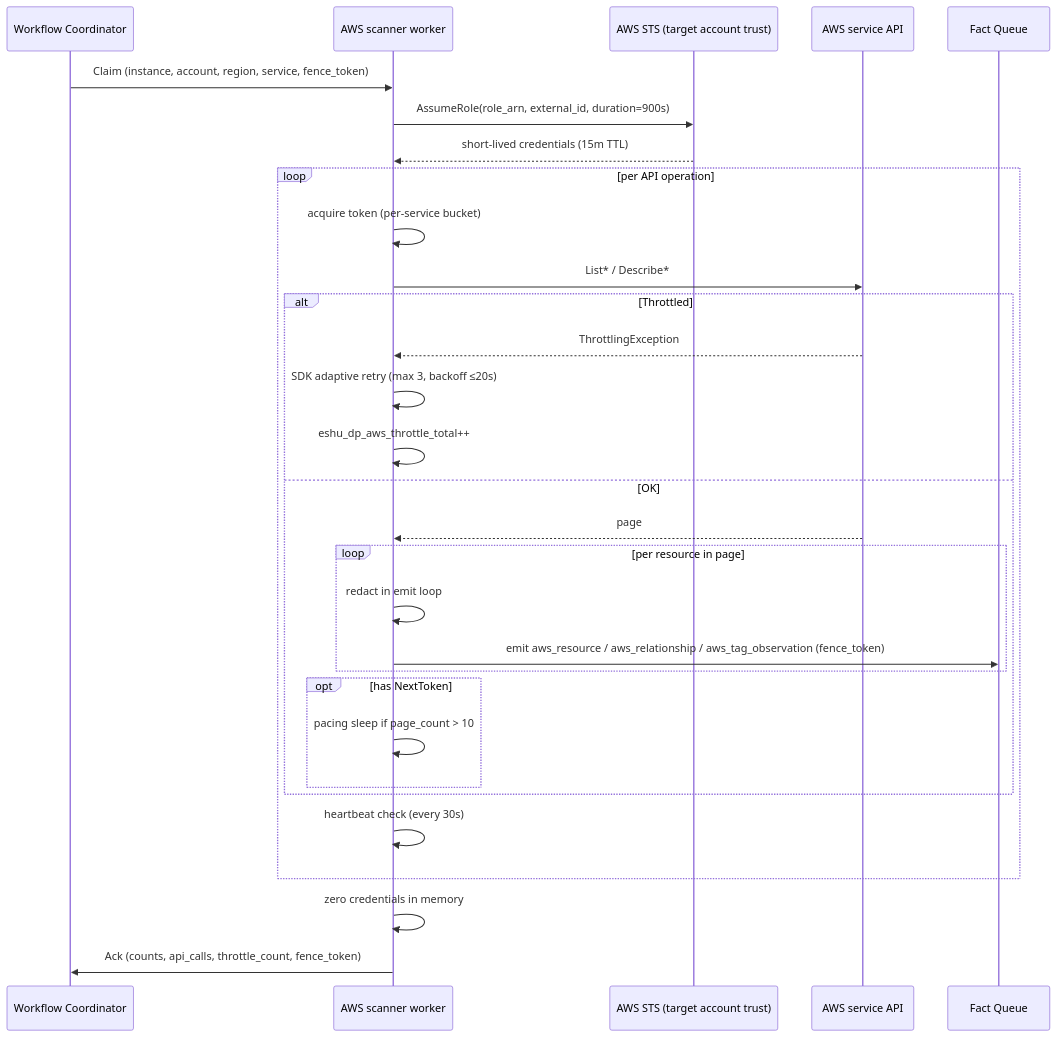
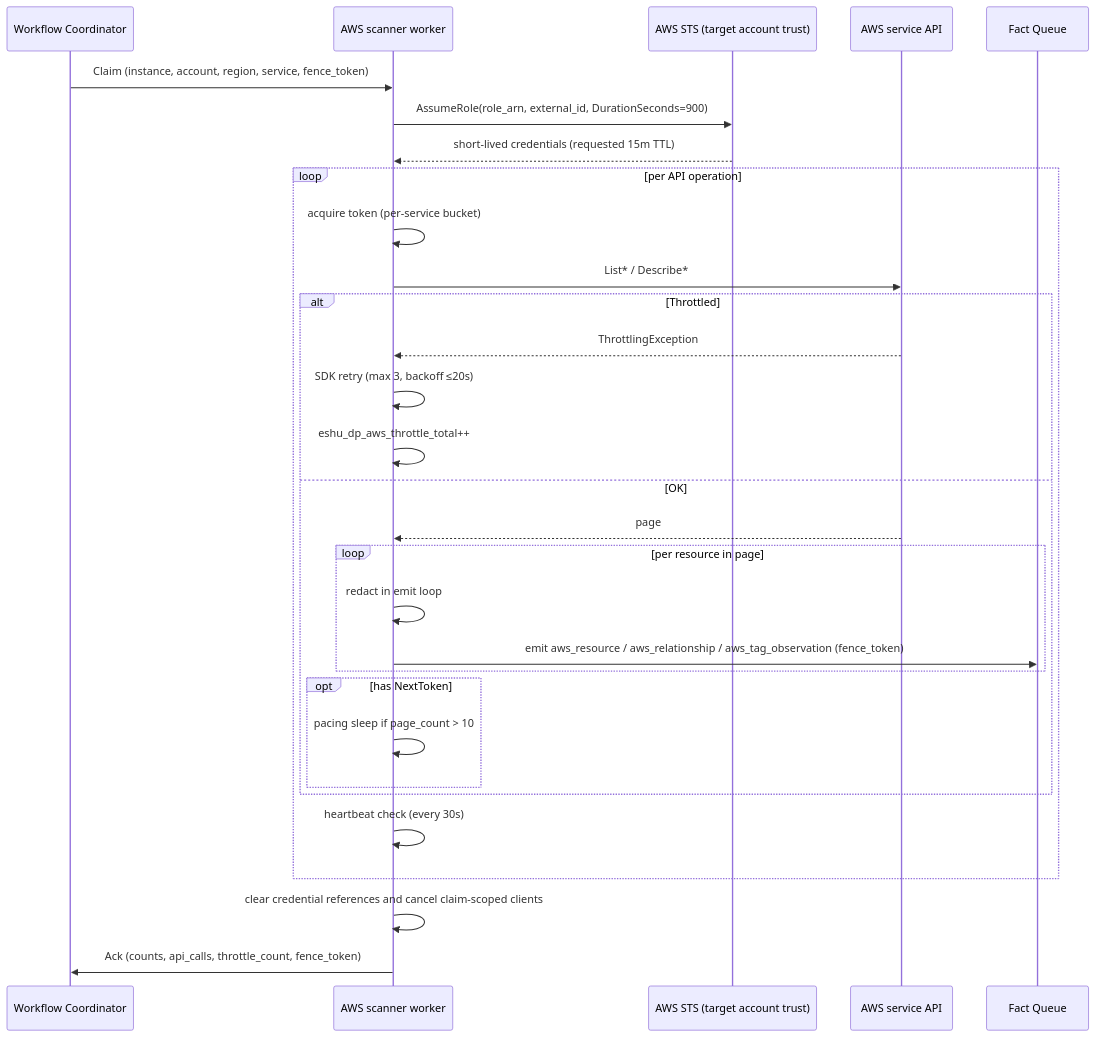
One commit to eshu-hq/eshu changed the first of 6 diagrams in docs/superpowers/plans/2026-04-20-aws-cloud-scanner-collector-architecture-workflow.md. Above: the diagram before and after it, drawn with Mermaid. The commit also changed other lines of this file and 1 other file, not shown here.

Commit message:
Align AWS collector architecture gate

````diff
--- a/docs/superpowers/plans/2026-04-20-aws-cloud-scanner-collector-architecture-workflow.md
+++ b/docs/superpowers/plans/2026-04-20-aws-cloud-scanner-collector-architecture-workflow.md
@@ -36,33 +74,33 @@
 ```mermaid
 sequenceDiagram
     participant WC as Workflow Coordinator
     participant W as AWS scanner worker
     participant STS as AWS STS (target account trust)
     participant API as AWS service API
     participant FQ as Fact Queue
 
     WC->>W: Claim (instance, account, region, service, fence_token)
-    W->>STS: AssumeRole(role_arn, external_id, duration=900s)
-    STS-->>W: short-lived credentials (15m TTL)
+    W->>STS: AssumeRole(role_arn, external_id, DurationSeconds=900)
+    STS-->>W: short-lived credentials (requested 15m TTL)
     loop per API operation
         W->>W: acquire token (per-service bucket)
         W->>API: List* / Describe*
         alt Throttled
             API-->>W: ThrottlingException
-            W->>W: SDK adaptive retry (max 3, backoff ≤20s)
+            W->>W: SDK retry (max 3, backoff ≤20s)
             W->>W: eshu_dp_aws_throttle_total++
         else OK
             API-->>W: page
             loop per resource in page
                 W->>W: redact in emit loop
                 W->>FQ: emit aws_resource / aws_relationship / aws_tag_observation (fence_token)
             end
             opt has NextToken
                 W->>W: pacing sleep if page_count > 10
             end
         end
         W->>W: heartbeat check (every 30s)
     end
-    W->>W: zero credentials in memory
+    W->>W: clear credential references and cancel claim-scoped clients
     W->>WC: Ack (counts, api_calls, throttle_count, fence_token)
 ```
````
